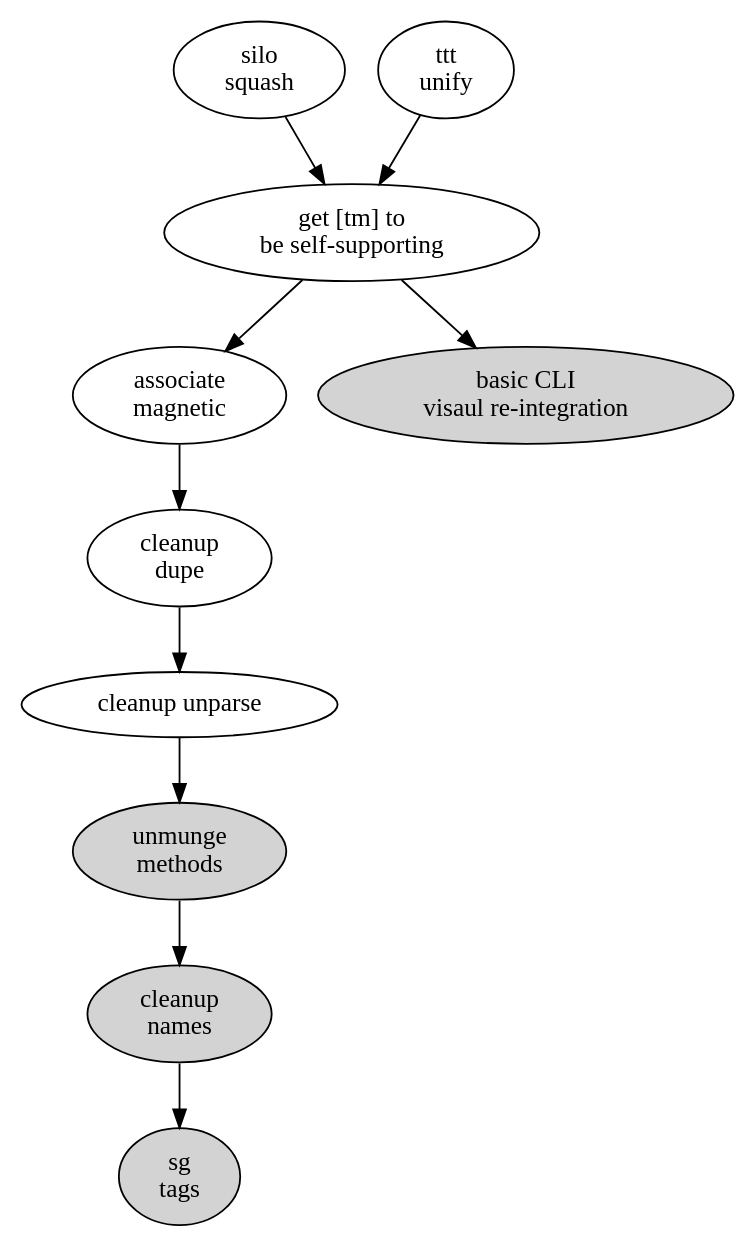
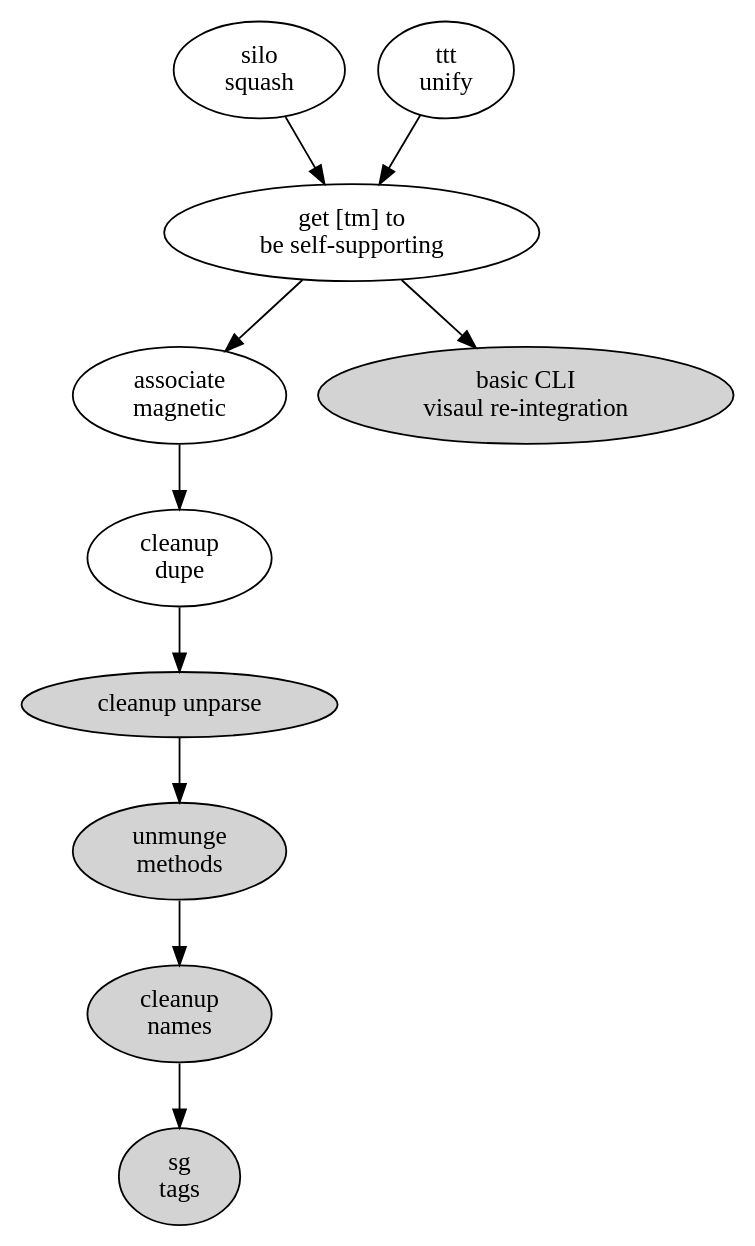
One commit to hipe/tmx changed the diagram in lib/skylab/tan-man/doc/the-big-picture-of-now.dot. Above: the diagram before and after it, drawn with Graphviz. The commit also changed 2 other files, not shown here.

Commit message:
([tm] close [#091] - cleanup implementation of unparse #tiny (( 209 )) )

```diff
--- a/lib/skylab/tan-man/doc/the-big-picture-of-now.dot
+++ b/lib/skylab/tan-man/doc/the-big-picture-of-now.dot
@@ -1,26 +1,26 @@
 digraph{
 
   am [ label="associate\nmagnetic" ]
   cd [ label="cleanup\ndupe" ]
   cv [ label="basic CLI\nvisaul re-integration" style=filled ]
   cn [ label="cleanup\nnames" style=filled ]
   si [ label="silo\nsquash" ]
   ss [ label="get [tm] to\nbe self-supporting" ]
   st [ label="sg\ntags" style=filled ]
   tu [ label="ttt\nunify" ]
   um [ label="unmunge\nmethods" style=filled ]
-  up [ label="cleanup unparse" ]
+  up [ label="cleanup unparse" style=filled ]
 
   am -> cd
   cd -> up
   cn -> st
   si -> ss
   ss -> cv
   ss -> am
   tu -> ss
   um -> cn
   up -> um
 
   # that one color of blue: fillcolor="#b5d5fb" style=filled
 
 }
```
